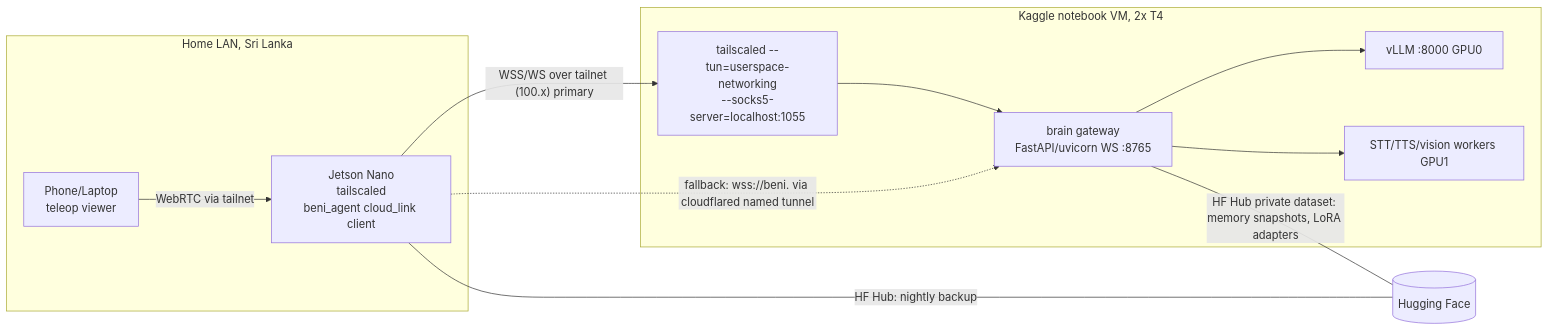
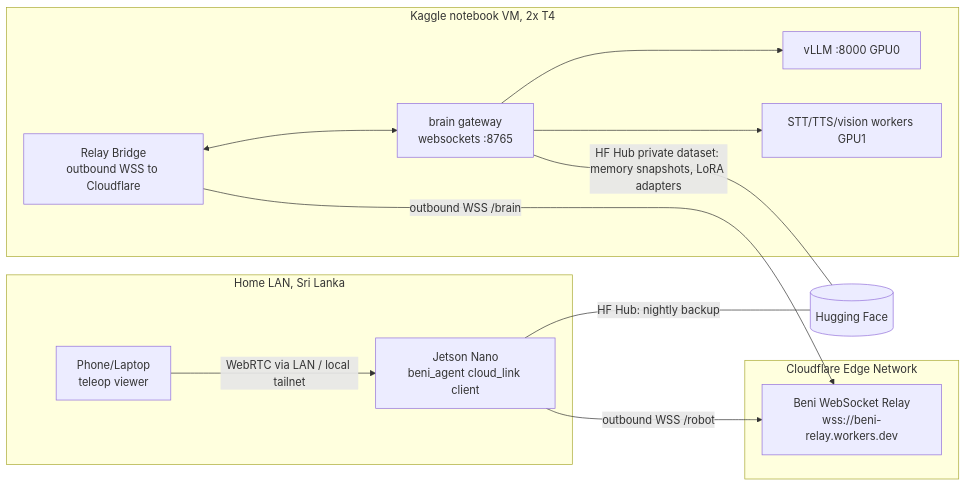
The fourth of 4 diagrams in Beni_Robot_Engineering_Blueprint.md (PasanRamyanath/Jetson-Robot), drawn with Mermaid before and after one commit. The commit also changed other lines of this file and 26 other files, not shown here.

````diff
--- a/Beni_Robot_Engineering_Blueprint.md
+++ b/Beni_Robot_Engineering_Blueprint.md
@@ -1864,20 +1864,24 @@
 ```mermaid
 flowchart LR
   subgraph Home[Home LAN, Sri Lanka]
-    J[Jetson Nano<br/>tailscaled<br/>beni_agent cloud_link client]
+    J[Jetson Nano<br/>beni_agent cloud_link client]
     P[Phone/Laptop<br/>teleop viewer]
   end
+  subgraph Edge[Cloudflare Edge Network]
+    CF[Beni WebSocket Relay<br/>wss://beni-relay.workers.dev]
+  end
   subgraph Kaggle[Kaggle notebook VM, 2x T4]
-    TS[tailscaled --tun=userspace-networking<br/>--socks5-server=localhost:1055]
-    GW[brain gateway<br/>FastAPI/uvicorn WS :8765]
+    BR[Relay Bridge<br/>outbound WSS to Cloudflare]
+    GW[brain gateway<br/>websockets :8765]
     V0[vLLM :8000 GPU0]
     W1[STT/TTS/vision workers GPU1]
   end
-  J -- "WSS/WS over tailnet (100.x) primary" --> TS --> GW
-  J -. "fallback: wss://beni.<yourdomain> via cloudflared named tunnel" .-> GW
+  J -- "outbound WSS /robot" --> CF
+  BR -- "outbound WSS /brain" --> CF
+  BR <--> GW
   GW --> V0
   GW --> W1
-  P -- "WebRTC via tailnet" --> J
+  P -- "WebRTC via LAN / local tailnet" --> J
   GW -- "HF Hub private dataset: memory snapshots, LoRA adapters" --- HF[(Hugging Face)]
   J -- "HF Hub: nightly backup" --- HF
 ```
````
